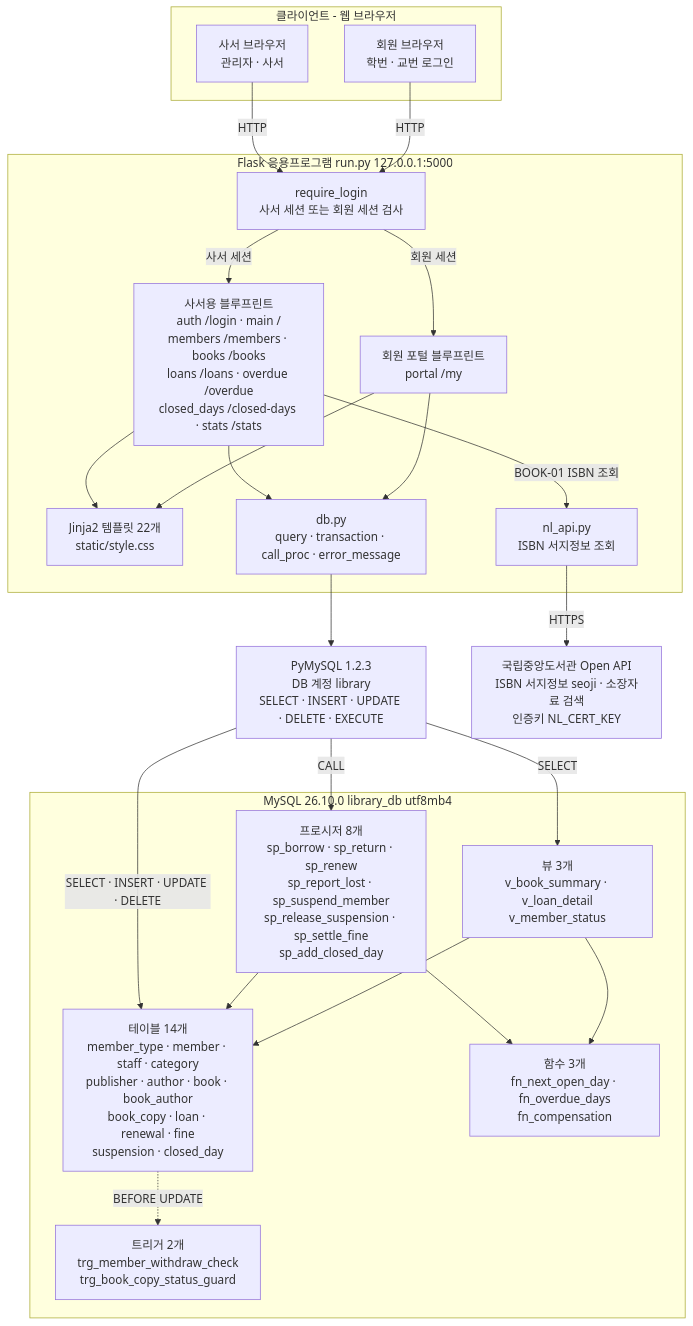
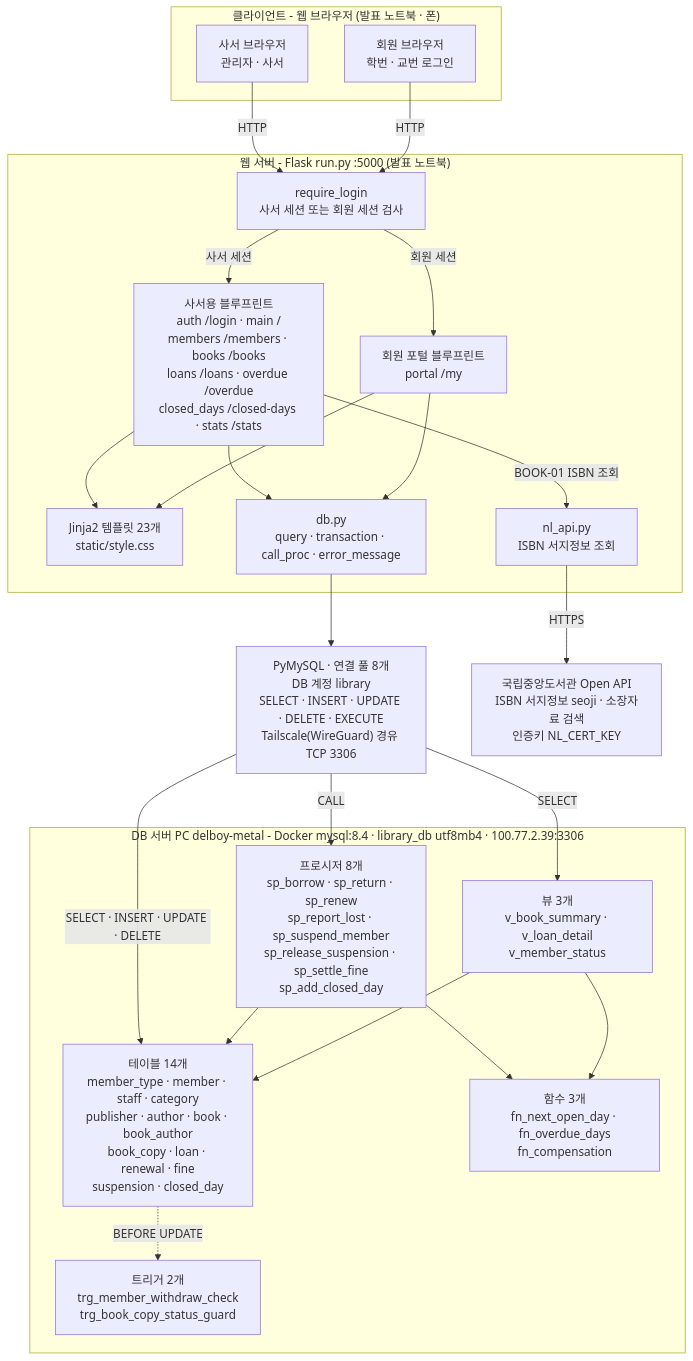
The first of 3 diagrams in docs/01_프로젝트_개요서.md (delboy11/library-system), drawn with Mermaid before and after one commit. The commit also changed other lines of this file and 28 other files, not shown here.

First line of the commit message:
DB 서버 분리 배치 (Docker MySQL 8.4 + Tailscale) · 시연용 SQL · 문서 갱신

````diff
--- a/docs/01_프로젝트_개요서.md
+++ b/docs/01_프로젝트_개요서.md
@@ -211,44 +211,44 @@
 ```mermaid
 flowchart TB
-  subgraph CL["클라이언트 - 웹 브라우저"]
+  subgraph CL["클라이언트 - 웹 브라우저 (발표 노트북 · 폰)"]
     LB["사서 브라우저<br/>관리자 · 사서"]
     MB["회원 브라우저<br/>학번 · 교번 로그인"]
   end
-  subgraph APP["Flask 응용프로그램 run.py 127.0.0.1:5000"]
+  subgraph APP["웹 서버 - Flask run.py :5000 (발표 노트북)"]
     RQ["require_login<br/>사서 세션 또는 회원 세션 검사"]
     SB["사서용 블루프린트<br/>auth /login · main /<br/>members /members · books /books<br/>loans /loans · overdue /overdue<br/>closed_days /closed-days · stats /stats"]
     PB["회원 포털 블루프린트<br/>portal /my"]
-    TP["Jinja2 템플릿 22개<br/>static/style.css"]
+    TP["Jinja2 템플릿 23개<br/>static/style.css"]
     DBM["db.py<br/>query · transaction · call_proc · error_message"]
     NLM["nl_api.py<br/>ISBN 서지정보 조회"]
   end
-  PY["PyMySQL 1.2.3<br/>DB 계정 library<br/>SELECT · INSERT · UPDATE · DELETE · EXECUTE"]
-  subgraph MY["MySQL 26.10.0 library_db utf8mb4"]
+  PY["PyMySQL · 연결 풀 8개<br/>DB 계정 library<br/>SELECT · INSERT · UPDATE · DELETE · EXECUTE<br/>Tailscale(WireGuard) 경유 TCP 3306"]
+  subgraph MY["DB 서버 PC delboy-metal - Docker mysql:8.4 · library_db utf8mb4 · 100.77.2.39:3306"]
     TBL["테이블 14개<br/>member_type · member · staff · category<br/>publisher · author · book · book_author<br/>book_copy · loan · renewal · fine<br/>suspension · closed_day"]
     VW["뷰 3개<br/>v_book_summary · v_loan_detail<br/>v_member_status"]
     FN["함수 3개<br/>fn_next_open_day · fn_overdue_days<br/>fn_compensation"]
     SP["프로시저 8개<br/>sp_borrow · sp_return · sp_renew<br/>sp_report_lost · sp_suspend_member<br/>sp_release_suspension · sp_settle_fine<br/>sp_add_closed_day"]
     TR["트리거 2개<br/>trg_member_withdraw_check<br/>trg_book_copy_status_guard"]
   end
   NL["국립중앙도서관 Open API<br/>ISBN 서지정보 seoji · 소장자료 검색<br/>인증키 NL_CERT_KEY"]
 
   LB -->|"HTTP"| RQ
   MB -->|"HTTP"| RQ
   RQ -->|"사서 세션"| SB
   RQ -->|"회원 세션"| PB
   SB --> TP
   PB --> TP
   SB --> DBM
   PB --> DBM
   SB -->|"BOOK-01 ISBN 조회"| NLM
   NLM -->|"HTTPS"| NL
   DBM --> PY
   PY -->|"SELECT"| VW
   PY -->|"SELECT · INSERT · UPDATE · DELETE"| TBL
   PY -->|"CALL"| SP
   SP --> TBL
   SP --> FN
   VW --> TBL
   VW --> FN
   TBL -.->|"BEFORE UPDATE"| TR
 ```
````
